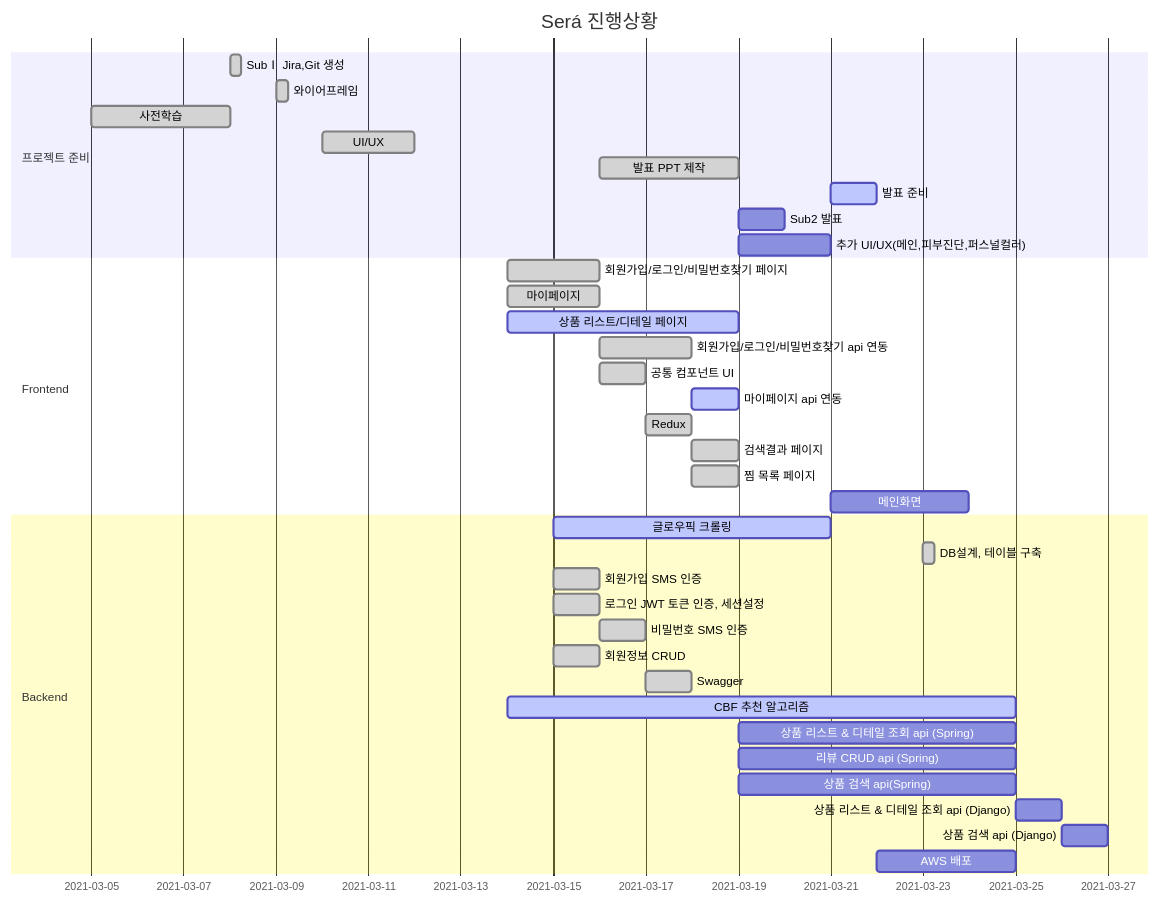
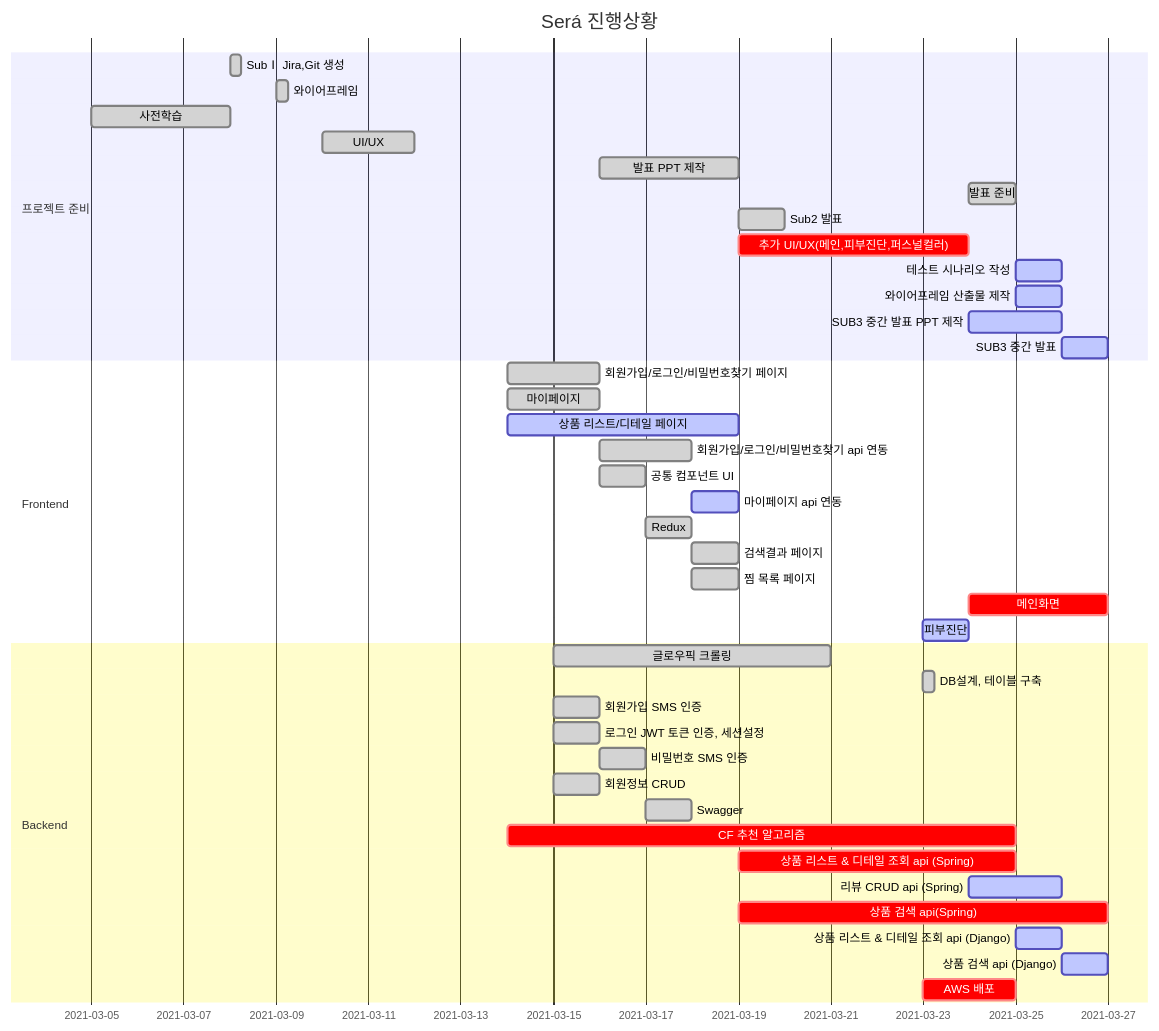
Before and after one commit to jihyeong2/PJT-Sera: the diagram in README.md, drawn with Mermaid. The commit also changed other lines of this file, not shown here.

Commit message:
README_0323 : gantt chart 수정 & ERD 추가

````diff
--- a/README.md
+++ b/README.md
@@ -32,44 +32,49 @@
 ```mermaid
 gantt
     title Será 진행상황
     dateFormat  YYYY-MM-DD
     section 프로젝트 준비
     SubⅠ Jira,Git 생성  :done, 2021-03-08, 6h
     와이어프레임 : done, 2021-03-09, 6h
     사전학습   :done, 2021-03-05, 3d
     UI/UX   : done,   2021-03-10, 2d
     발표 PPT 제작: done, t8, 2021-03-16, 3d
-    발표 준비 : active,t9, after t8, 1d
-    Sub2 발표 : t10, 2021-03-19, 1d
-    추가 UI/UX(메인,피부진단,퍼스널컬러): t8, 2021-03-19, 2d
+    발표 준비 : done,t9, after t8, 1d
+    Sub2 발표 : done, t10, 2021-03-19, 1d
+    추가 UI/UX(메인,피부진단,퍼스널컬러): crit, t8, 2021-03-19, 5d
+    테스트 시나리오 작성 : active, t14, 2021-03-25, 1d
+    와이어프레임 산출물 제작 :  active, t15, 2021-03-25, 1d
+    SUB3 중간 발표 PPT 제작 : active, t16, 2021-03-24, 2d
+    SUB3 중간 발표 : active, t17, 2021-03-26, 1d
+
 
     section Frontend
    	회원가입/로그인/비밀번호찾기 페이지 :  done, t1, 2021-03-14, 2d
    	마이페이지 :  done, t2, 2021-03-14, 2d
    	상품 리스트/디테일 페이지  : active, t3, 2021-03-14, 5d
     회원가입/로그인/비밀번호찾기 api 연동 : done, t4, after t1,2d
     공통 컴포넌트 UI : done, t7, 2021-03-16, 1d
     마이페이지 api 연동: active, t5, 2021-03-18, 1d
     Redux : done, t6, 2021-03-17, 1d
   	검색결과 페이지 : done, t11, 2021-03-18, 1d
   	찜 목록 페이지 : done, t12, 2021-03-18, 1d
-  	메인화면: t12, after t8, 3d
-
+  	메인화면: crit, t13, after t8, 3d
+	피부진단 : active, t17, 2021-03-23, 1d
     
     section Backend
-  	글로우픽 크롤링 : active, b_t1, 2021-03-15, 6d
+  	글로우픽 크롤링 : done, b_t1, 2021-03-15, 6d
   	DB설계, 테이블 구축 : done, b_t2, after 2021-03-12, 6h
     회원가입 SMS 인증 : done, b_t4, 2021-03-15, 1d
     로그인 JWT 토큰 인증, 세션설정 : done, b_t5, 2021-03-15, 1d
     비밀번호 SMS 인증 : done, b_t6, 2021-03-16, 1d
     회원정보 CRUD : done, b_t7, 2021-03-15, 1d
     Swagger : done, b_t8, after b_t6, 1d
-    CBF 추천 알고리즘 : active, b_t3, 2021-03-14, 11d
-    상품 리스트 & 디테일 조회 api (Spring): b_t9, 2021-03-19,6d
-    리뷰 CRUD api (Spring): b_t10, 2021-03-19, 6d
-	상품 검색 api(Spring):  b_t12, 2021-03-19, 6d
-    상품 리스트 & 디테일 조회 api (Django): b_t11, after b_t3, 1d
-    상품 검색 api (Django): b_t13, after b_t11, 1d
-    AWS 배포: b_t13, 2021-03-22, 3d
+    CF 추천 알고리즘 : crit, b_t3, 2021-03-14, 11d
+    상품 리스트 & 디테일 조회 api (Spring): crit, b_t9, 2021-03-19,6d
+    리뷰 CRUD api (Spring): active, b_t10, 2021-03-24, 2d
+	상품 검색 api(Spring):  crit,b_t12, 2021-03-19, 8d
+    상품 리스트 & 디테일 조회 api (Django): active, b_t11, after b_t3, 1d
+    상품 검색 api (Django): active, b_t13, after b_t11, 1d
+    AWS 배포: crit, b_t13, 2021-03-23, 2d
     
 ```
````
